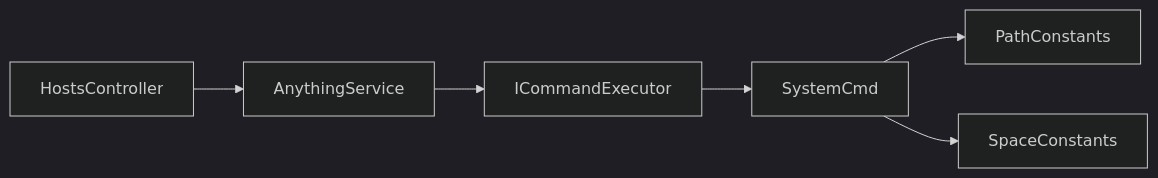
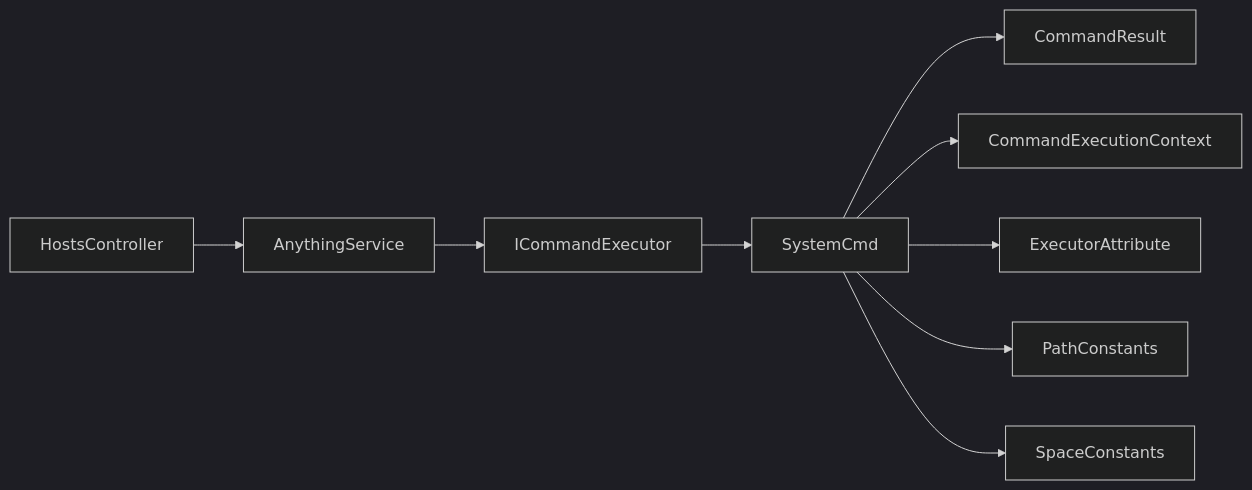
Before and after one commit to Sosososolong/AirGo: the sixth of 6 diagrams in .qoder/repowiki/zh/content/项目概述/核心特性/工具库系统/系统命令执行器.md, drawn with Mermaid (dark theme). The commit also changed other lines of this file and 6 other files, not shown here.

````diff
--- a/.qoder/repowiki/zh/content/项目概述/核心特性/工具库系统/系统命令执行器.md
+++ b/.qoder/repowiki/zh/content/项目概述/核心特性/工具库系统/系统命令执行器.md
@@ -303,8 +335,11 @@
 ```mermaid
 graph LR
 HC["HostsController"] --> AS["AnythingService"]
 AS --> IC["ICommandExecutor"]
 IC --> SC["SystemCmd"]
+SC --> CR["CommandResult"]
+SC --> CEC["CommandExecutionContext"]
+SC --> EA["ExecutorAttribute"]
 SC --> PC["PathConstants"]
 SC --> SP["SpaceConstants"]
 ```
````
